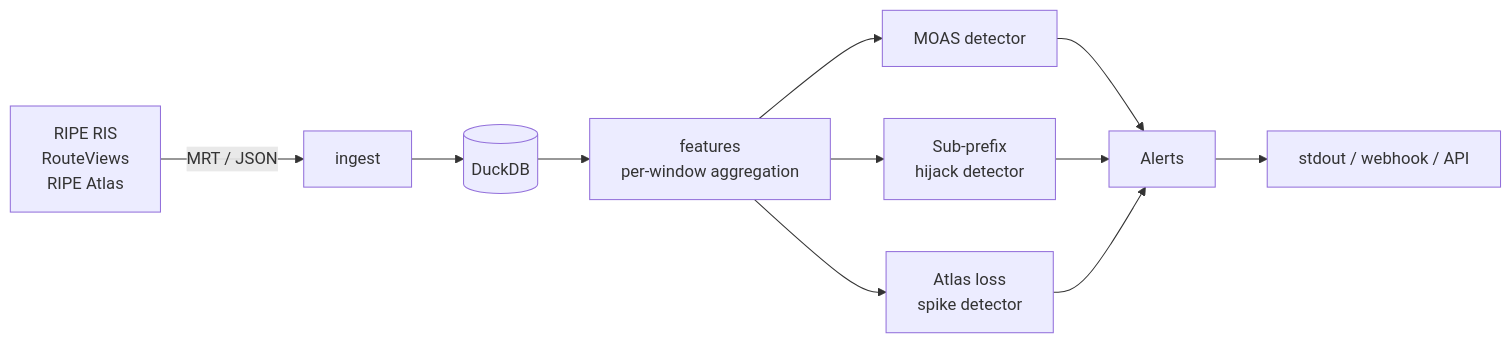
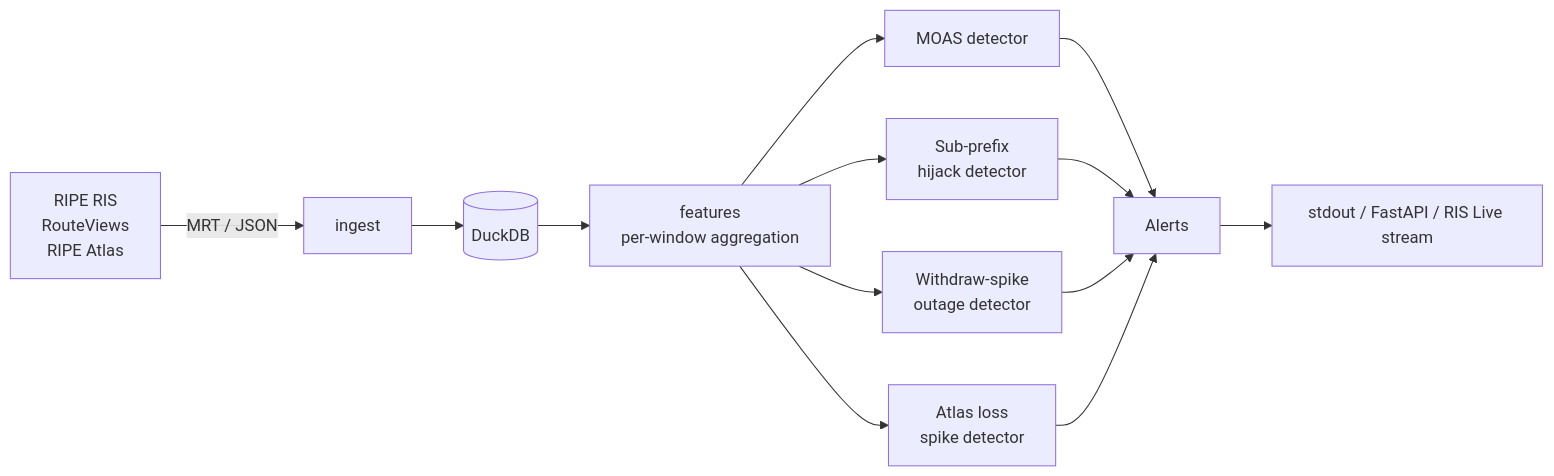
One commit to pauti04/netpulse changed the diagram in README.md. Above: the diagram before and after it, drawn with Mermaid. The commit also changed other lines of this file and 12 other files, not shown here.

First line of the commit message:
feat: real RIB baseline, withdraw-spike + HTTP API surfaces, stream tests

````diff
--- a/README.md
+++ b/README.md
@@ -52,13 +64,15 @@
 ```mermaid
 flowchart LR
   RIS[RIPE RIS<br/>RouteViews<br/>RIPE Atlas] -- MRT / JSON --> Ingest[ingest]
   Ingest --> Store[(DuckDB)]
   Store --> Features[features<br/>per-window aggregation]
   Features --> M[MOAS detector]
   Features --> S[Sub-prefix<br/>hijack detector]
+  Features --> W[Withdraw-spike<br/>outage detector]
   Features --> A[Atlas loss<br/>spike detector]
   M --> Alerts[Alerts]
   S --> Alerts
+  W --> Alerts
   A --> Alerts
-  Alerts --> Out[stdout / webhook / API]
+  Alerts --> Out[stdout / FastAPI / RIS Live stream]
 ```
````
